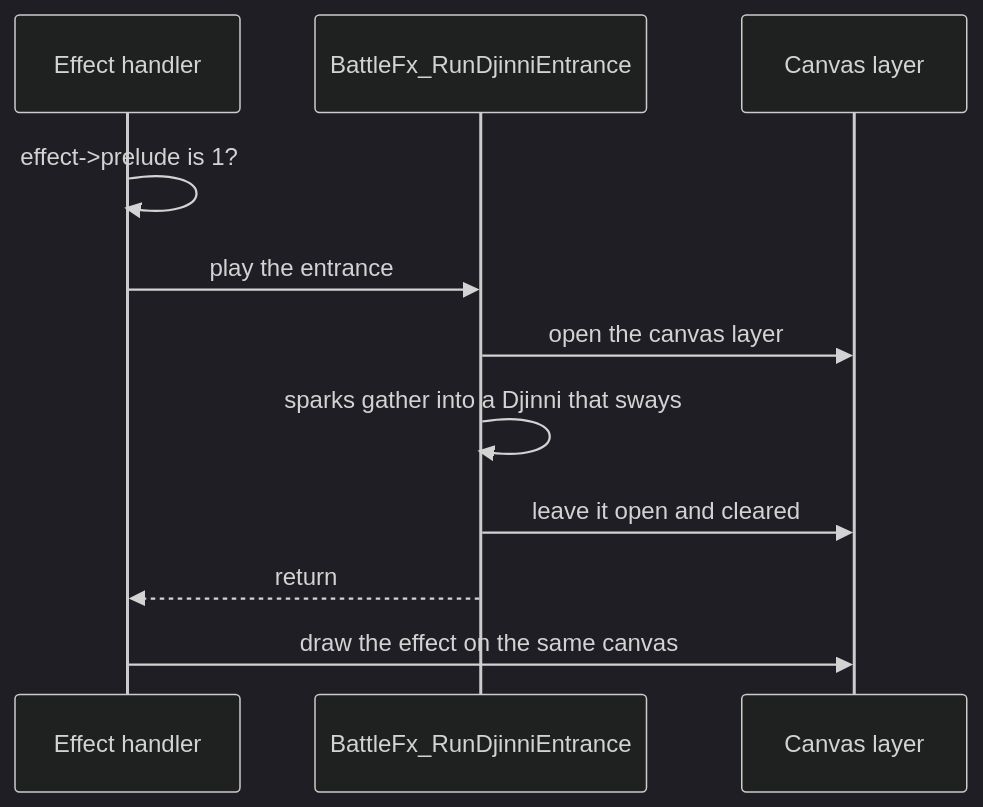
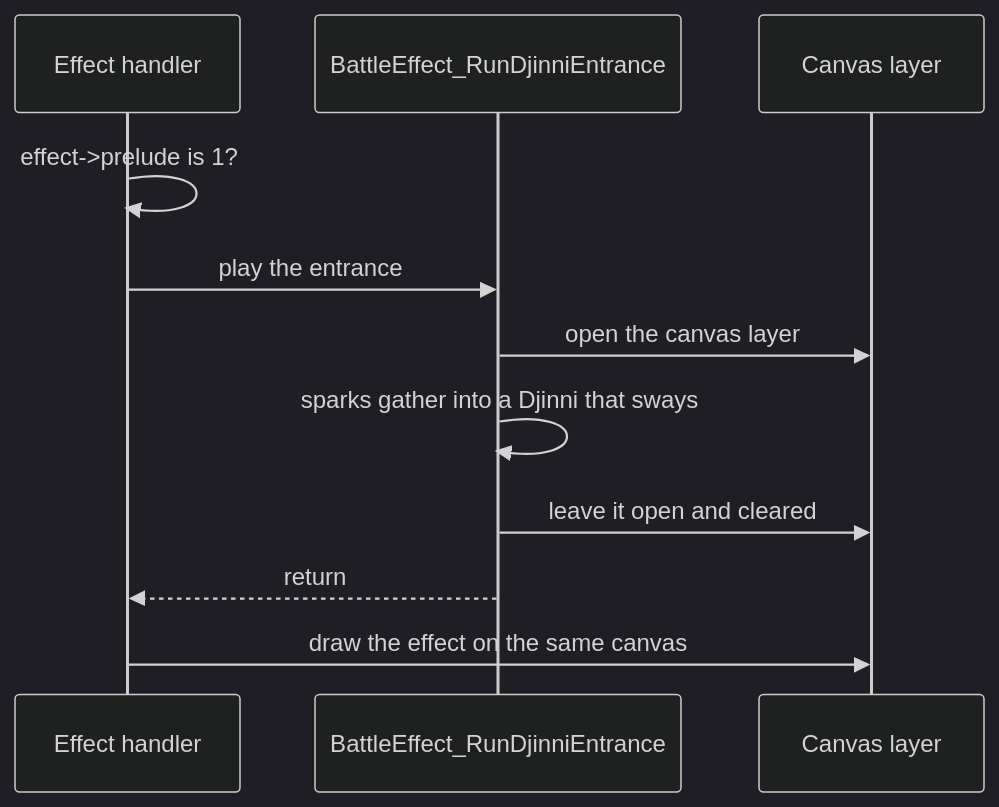
The third of 5 diagrams in games/tbs/src/effect/README.md (PascalPixel/alchemy), drawn with Mermaid (dark theme) before and after one commit. The commit also changed other lines of this file and 1359 other files, not shown here.

First line of the commit message:
Names: BattleFx_ is BattleEffect_

````diff
--- a/games/tbs/src/effect/README.md
+++ b/games/tbs/src/effect/README.md
@@ -526,13 +526,13 @@
 ```mermaid
 sequenceDiagram
     participant E as Effect handler
-    participant D as BattleFx_RunDjinniEntrance
+    participant D as BattleEffect_RunDjinniEntrance
     participant C as Canvas layer
     E->>E: effect->prelude is 1?
     E->>D: play the entrance
     D->>C: open the canvas layer
     D->>D: sparks gather into a Djinni that sways
     D->>C: leave it open and cleared
     D-->>E: return
     E->>C: draw the effect on the same canvas
 ```
````
